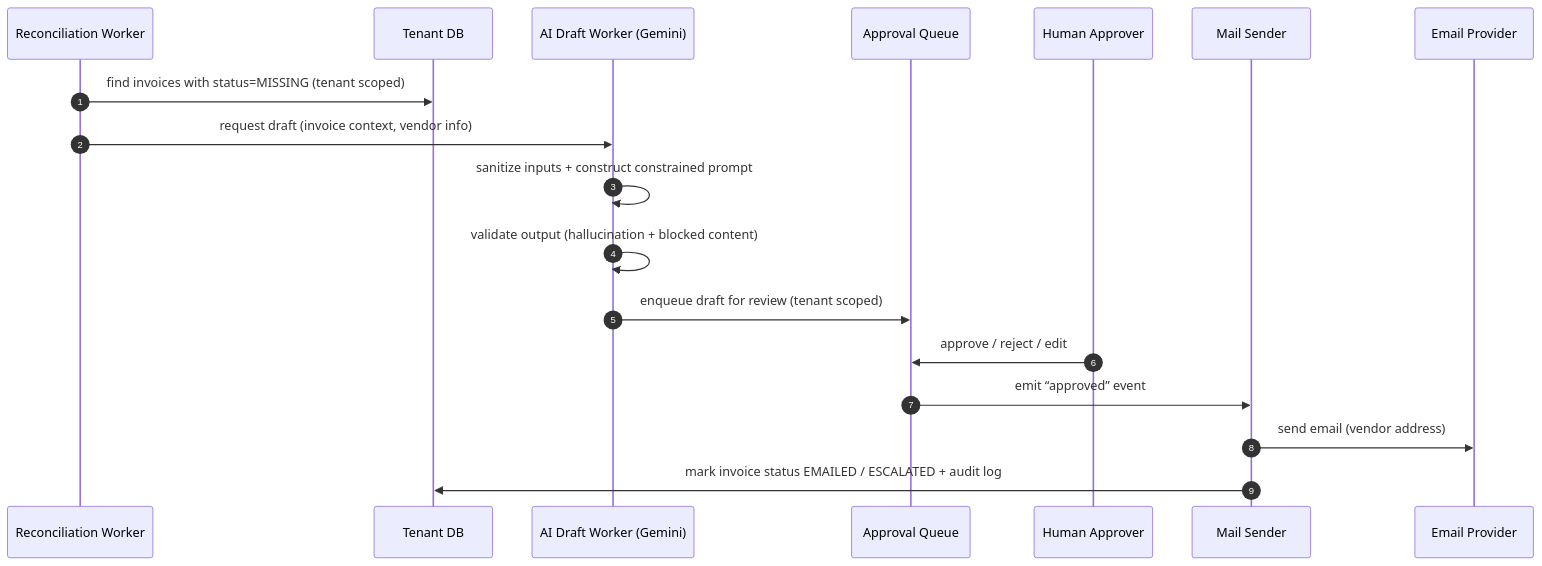
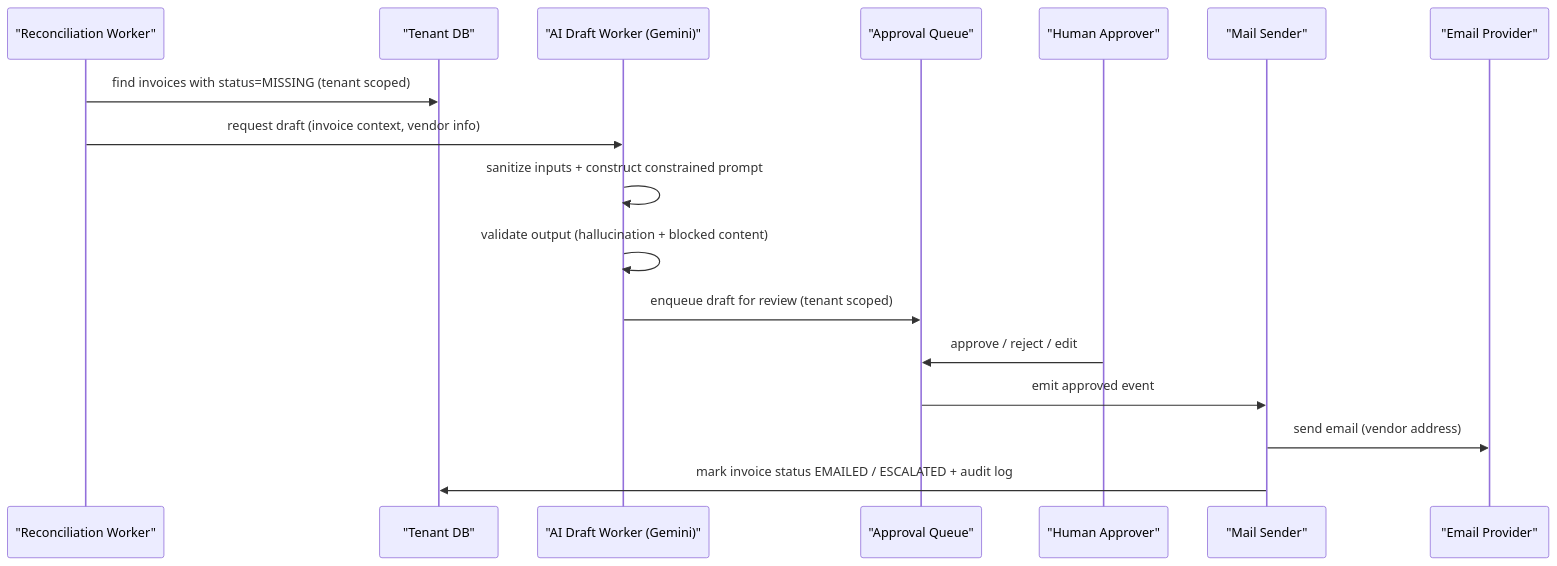
The fourth of 5 diagrams in ARCHITECTURE_TOGAF.md (markbunyevacz/NAVvoice), drawn with Mermaid before and after one commit. The commit also changed other lines of this file and 3 other files, not shown here.

First line of the commit message:
Refactor architecture diagrams in ARCHITECTURE_TOGAF.md

````diff
--- a/ARCHITECTURE_TOGAF.md
+++ b/ARCHITECTURE_TOGAF.md
@@ -172,21 +174,20 @@
 ```mermaid
 sequenceDiagram
-  autonumber
-  participant REC as Reconciliation Worker
-  participant DB as Tenant DB
-  participant AI as AI Draft Worker (Gemini)
-  participant Q as Approval Queue
-  participant H as Human Approver
-  participant M as Mail Sender
-  participant E as Email Provider
+participant REC as "Reconciliation Worker"
+participant DB as "Tenant DB"
+participant AI as "AI Draft Worker (Gemini)"
+participant Q as "Approval Queue"
+participant H as "Human Approver"
+participant M as "Mail Sender"
+participant E as "Email Provider"
 
-  REC->>DB: find invoices with status=MISSING (tenant scoped)
-  REC->>AI: request draft (invoice context, vendor info)
-  AI->>AI: sanitize inputs + construct constrained prompt
-  AI->>AI: validate output (hallucination + blocked content)
-  AI->>Q: enqueue draft for review (tenant scoped)
-  H->>Q: approve / reject / edit
-  Q->>M: emit “approved” event
-  M->>E: send email (vendor address)
-  M->>DB: mark invoice status EMAILED / ESCALATED + audit log
+REC->>DB: find invoices with status=MISSING (tenant scoped)
+REC->>AI: request draft (invoice context, vendor info)
+AI->>AI: sanitize inputs + construct constrained prompt
+AI->>AI: validate output (hallucination + blocked content)
+AI->>Q: enqueue draft for review (tenant scoped)
+H->>Q: approve / reject / edit
+Q->>M: emit approved event
+M->>E: send email (vendor address)
+M->>DB: mark invoice status EMAILED / ESCALATED + audit log
 ```
````
